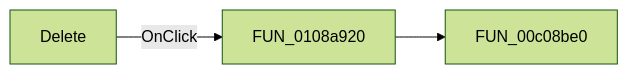
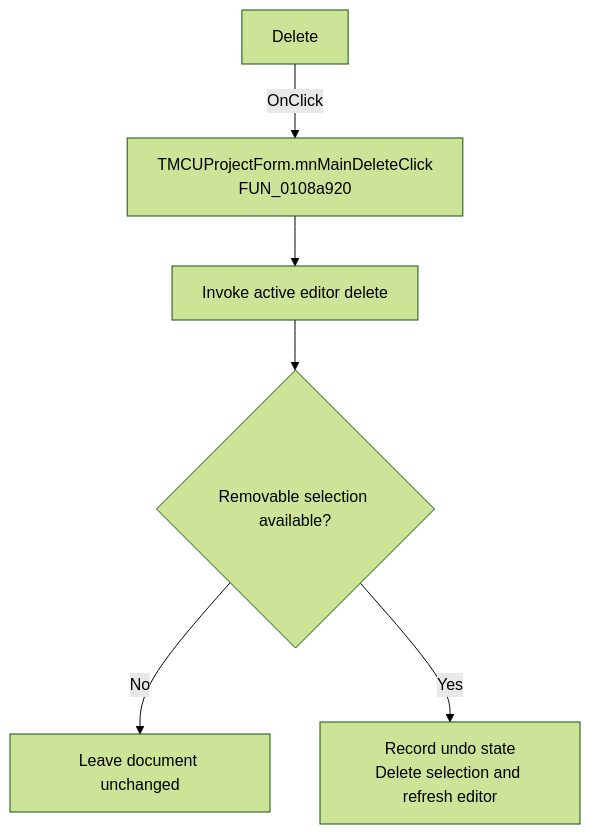
One commit to MovGP0/TIARA changed the diagram in docs/ui-controls/mcuprojectform/mnmaindelete-24e358bd60.md. Above: the diagram before and after it, drawn with Mermaid (forest theme). The commit also changed other lines of this file and 1062 other files, not shown here.

````diff
--- a/docs/ui-controls/mcuprojectform/mnmaindelete-24e358bd60.md
+++ b/docs/ui-controls/mcuprojectform/mnmaindelete-24e358bd60.md
@@ -27,5 +27,8 @@
 ```mermaid
-flowchart LR
-    control["Delete"] -->|OnClick| handler["FUN_0108a920"]
-    handler --> call1["FUN_00c08be0"]
+flowchart TD
+    control["Delete"] -->|OnClick| handler["TMCUProjectForm.mnMainDeleteClick<br/>FUN_0108a920"]
+    handler --> editor["Invoke active editor delete"]
+    editor --> removable{"Removable selection available?"}
+    removable -->|No| noOp["Leave document unchanged"]
+    removable -->|Yes| delete["Record undo state<br/>Delete selection and refresh editor"]
 ```
````
